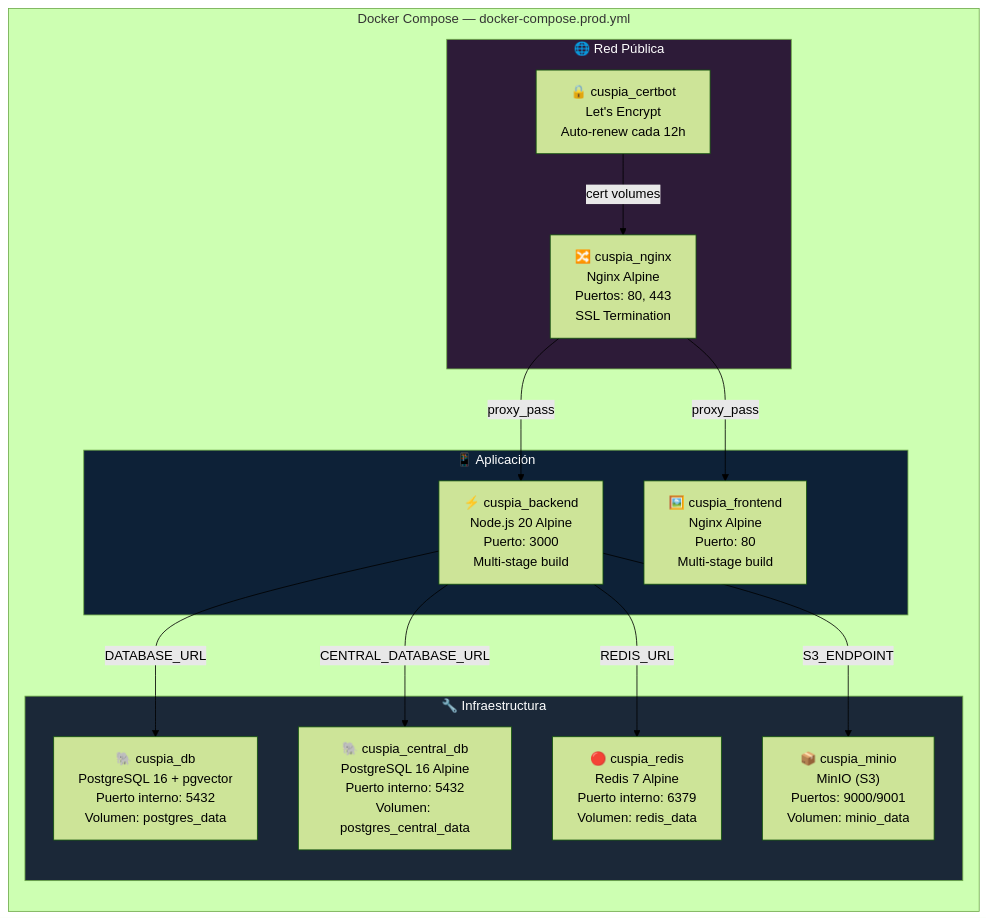
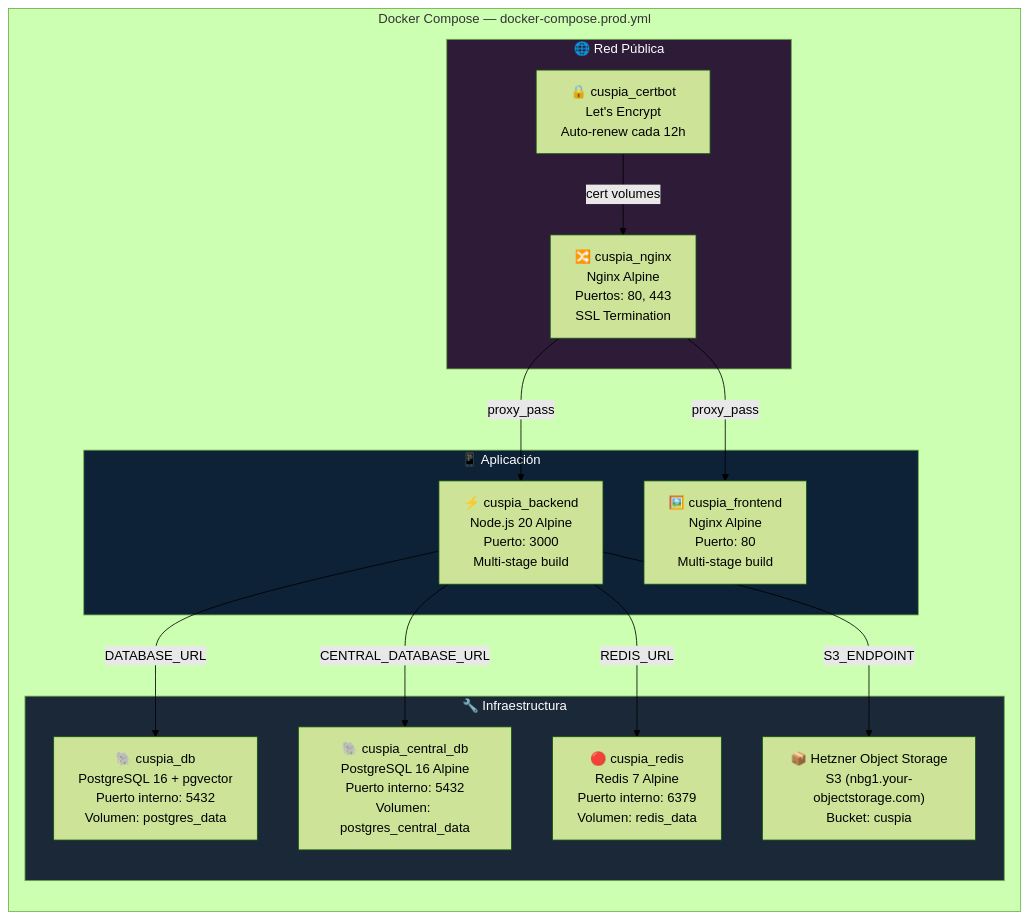
The third of 11 diagrams in backend/docs/DEVOPS.md (diegolagalera/clinica), drawn with Mermaid (forest theme) before and after one commit. The commit also changed other lines of this file and 18 other files, not shown here.

Commit message:
refactor minio to bucket hetzner

````diff
--- a/backend/docs/DEVOPS.md
+++ b/backend/docs/DEVOPS.md
@@ -95,35 +95,35 @@
 ```mermaid
 graph TB
     subgraph Containers["Docker Compose — docker-compose.prod.yml"]
         direction TB
 
         subgraph Infra["🔧 Infraestructura"]
             PG["🐘 cuspia_db\nPostgreSQL 16 + pgvector\nPuerto interno: 5432\nVolumen: postgres_data"]
             CPG["🐘 cuspia_central_db\nPostgreSQL 16 Alpine\nPuerto interno: 5432\nVolumen: postgres_central_data"]
             RD["🔴 cuspia_redis\nRedis 7 Alpine\nPuerto interno: 6379\nVolumen: redis_data"]
-            MN["📦 cuspia_minio\nMinIO (S3)\nPuertos: 9000/9001\nVolumen: minio_data"]
+            HZ["📦 Hetzner Object Storage\nS3 (nbg1.your-objectstorage.com)\nBucket: cuspia"]
         end
 
         subgraph App["📱 Aplicación"]
             BE["⚡ cuspia_backend\nNode.js 20 Alpine\nPuerto: 3000\nMulti-stage build"]
             FE["🖼️ cuspia_frontend\nNginx Alpine\nPuerto: 80\nMulti-stage build"]
         end
 
         subgraph Proxy["🌐 Red Pública"]
             NX["🔀 cuspia_nginx\nNginx Alpine\nPuertos: 80, 443\nSSL Termination"]
             CB["🔒 cuspia_certbot\nLet's Encrypt\nAuto-renew cada 12h"]
         end
     end
 
     NX -->|proxy_pass| BE
     NX -->|proxy_pass| FE
     BE -->|DATABASE_URL| PG
     BE -->|CENTRAL_DATABASE_URL| CPG
     BE -->|REDIS_URL| RD
-    BE -->|S3_ENDPOINT| MN
+    BE -->|"S3_ENDPOINT"| HZ
     CB -->|cert volumes| NX
 
     style Infra fill:#1b2838,color:#fff
     style App fill:#0d2137,color:#fff
     style Proxy fill:#2d1b38,color:#fff
 ```
````
